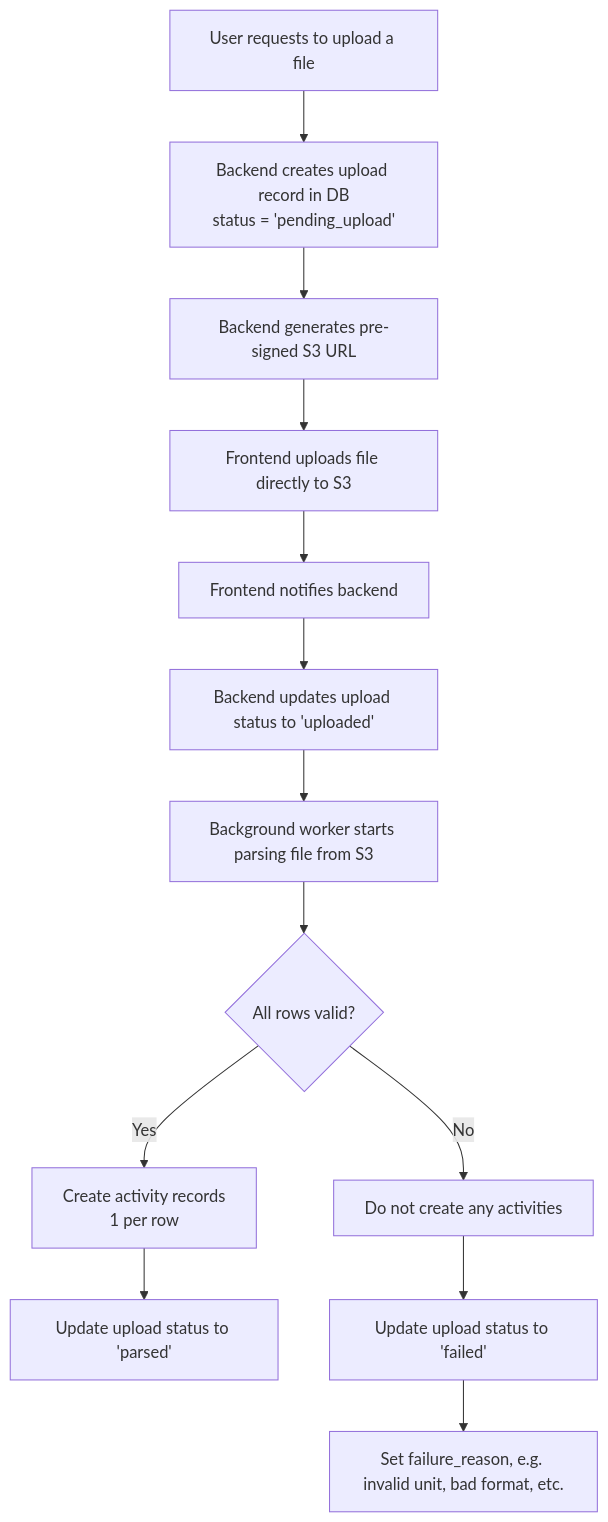
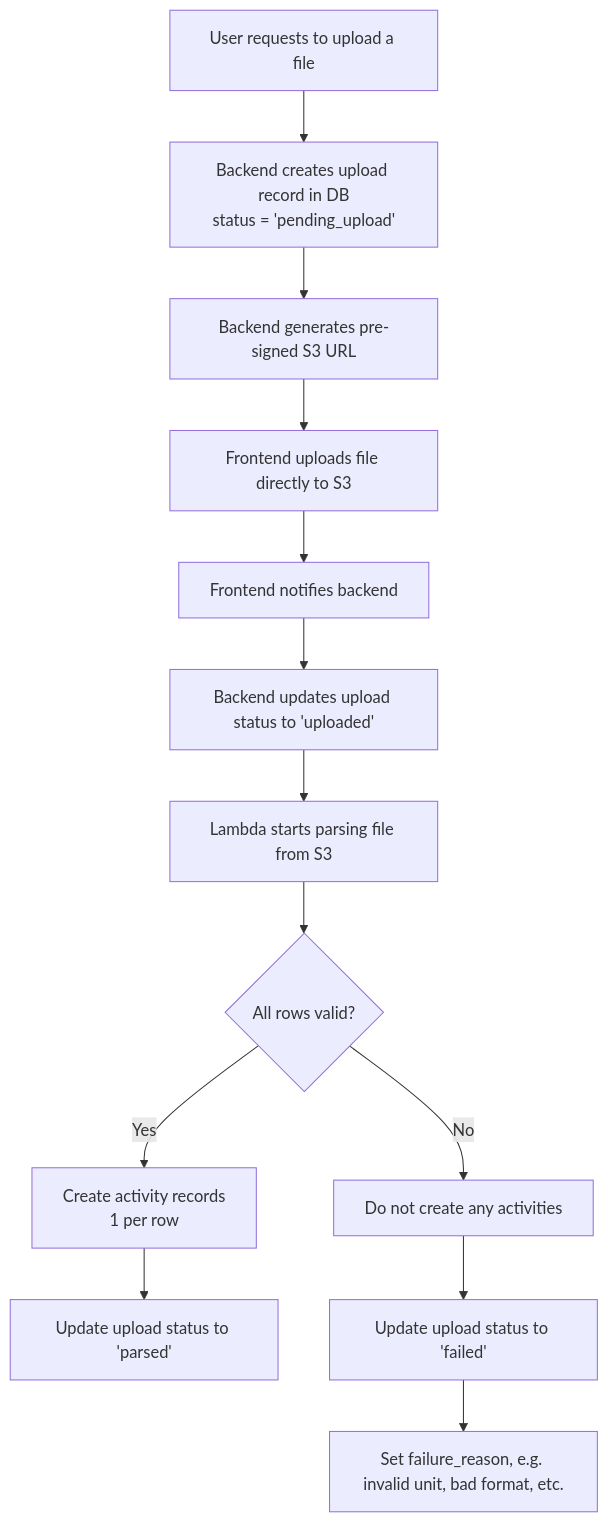
One commit to svarlet/terrascope_case_study changed the second of 2 diagrams in README.template.md. Above: the diagram before and after it, drawn with Mermaid. The commit also changed 2 other files, not shown here.

Commit message:
Rephrase background worker to lambda

````diff
--- a/README.template.md
+++ b/README.template.md
@@ -101,17 +101,17 @@
 ```mermaid  
 flowchart TD
     A[User requests to upload a file] --> B[Backend creates upload record in DB<br>status = 'pending_upload']
     B --> C[Backend generates pre-signed S3 URL]
     C --> D[Frontend uploads file directly to S3]
     D --> E[Frontend notifies backend]
     E --> F[Backend updates upload status to 'uploaded']
-    F --> G[Background worker starts parsing file from S3]
+    F --> G[Lambda starts parsing file from S3]
     G --> H{All rows valid?}
 
     H -- Yes --> I[Create activity records<br>1 per row]
     I --> J[Update upload status to 'parsed']
 
     H -- No --> K[Do not create any activities]
     K --> L[Update upload status to 'failed']
     L --> M[Set failure_reason, e.g. invalid unit, bad format, etc.]
 ```
````
